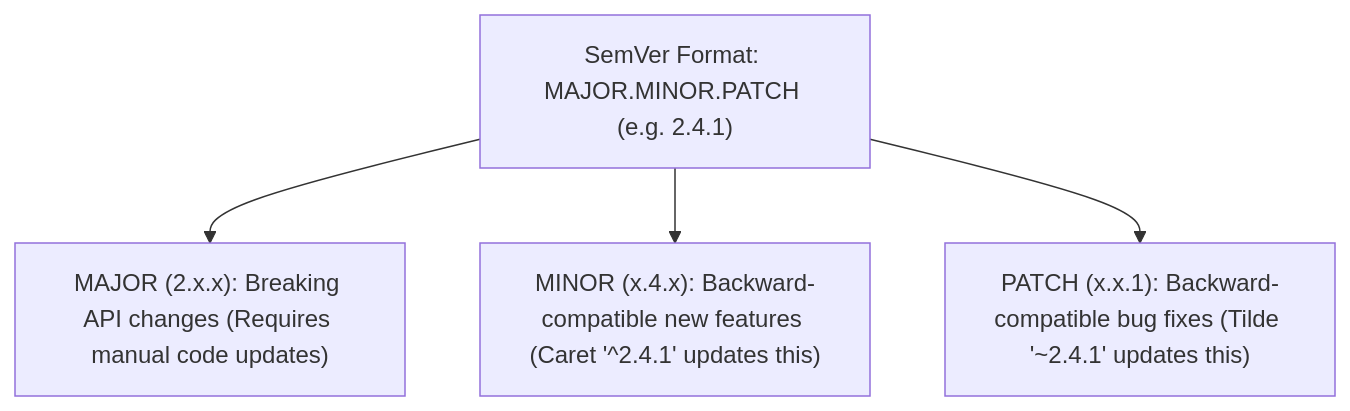
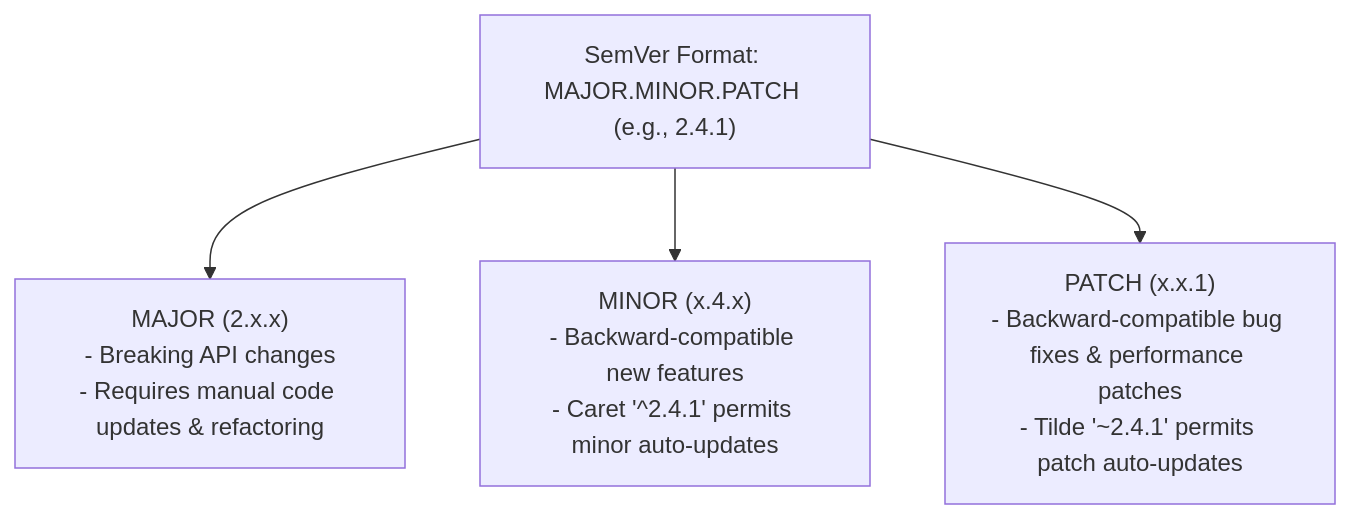
Before and after one commit to Amie-dev/engineering-playbook: the first of 2 diagrams in nodejs-notes/27-npm-and-packages.md, drawn with Mermaid. The commit also changed other lines of this file and 32 other files, not shown here.

````diff
--- a/nodejs-notes/27-npm-and-packages.md
+++ b/nodejs-notes/27-npm-and-packages.md
@@ -10,6 +15,6 @@
 ```mermaid
 graph TD
-    SemVer["SemVer Format: MAJOR.MINOR.PATCH (e.g. 2.4.1)"] --> Major["MAJOR (2.x.x): Breaking API changes (Requires manual code updates)"]
-    SemVer --> Minor["MINOR (x.4.x): Backward-compatible new features (Caret '^2.4.1' updates this)"]
-    SemVer --> Patch["PATCH (x.x.1): Backward-compatible bug fixes (Tilde '~2.4.1' updates this)"]
+    SemVer["SemVer Format: MAJOR.MINOR.PATCH (e.g., 2.4.1)"] --> Major["MAJOR (2.x.x)<br/>- Breaking API changes<br/>- Requires manual code updates & refactoring"]
+    SemVer --> Minor["MINOR (x.4.x)<br/>- Backward-compatible new features<br/>- Caret '^2.4.1' permits minor auto-updates"]
+    SemVer --> Patch["PATCH (x.x.1)<br/>- Backward-compatible bug fixes & performance patches<br/>- Tilde '~2.4.1' permits patch auto-updates"]
 ```
````
